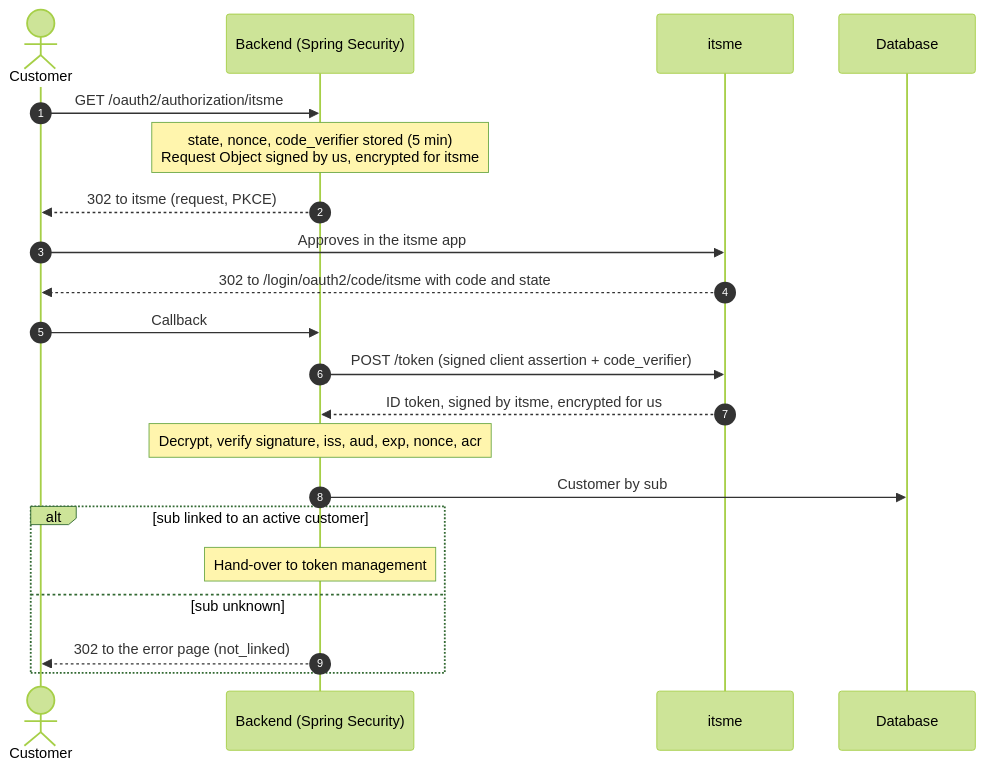
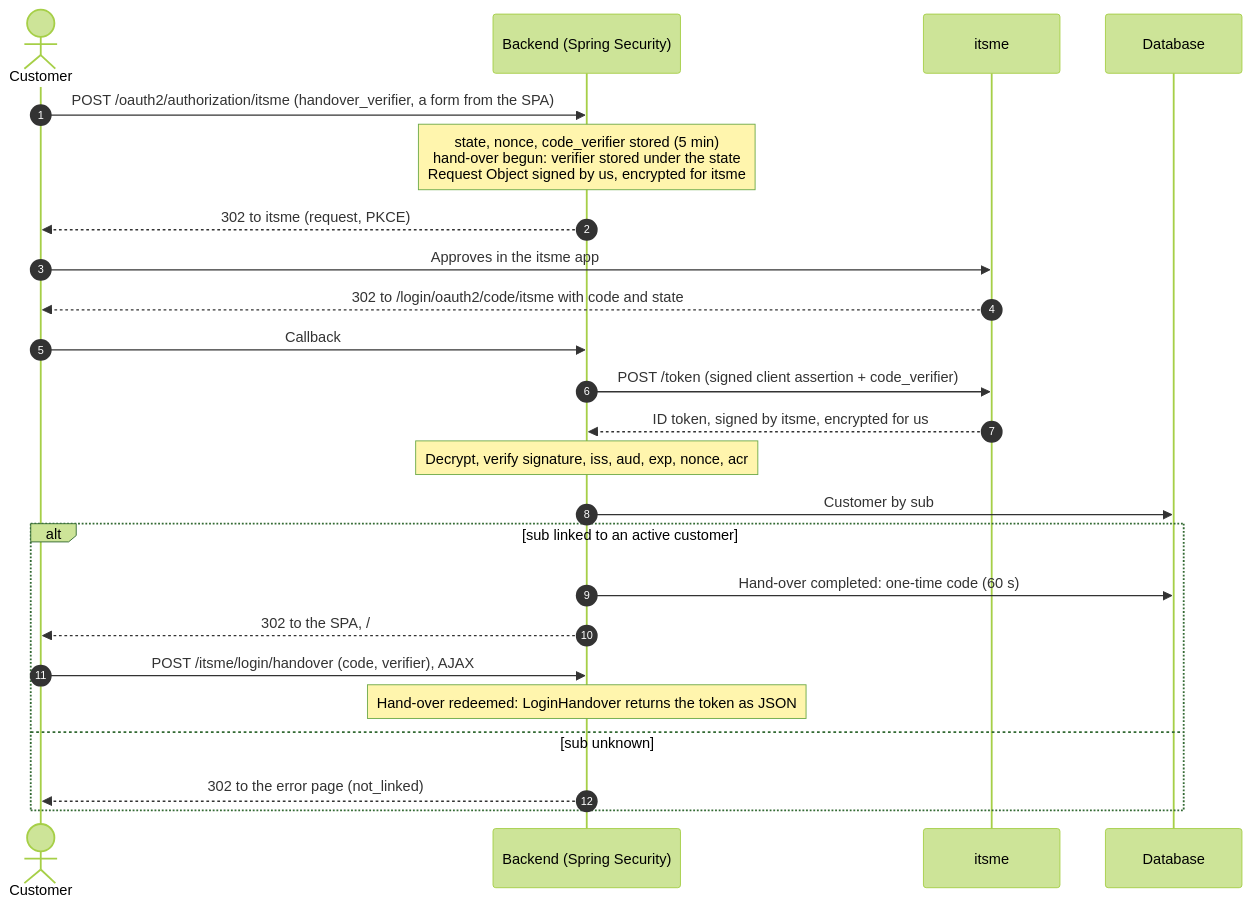
The first of 2 diagrams in README.md (damienbr/stateless-oidc-login-sample), drawn with Mermaid (forest theme) before and after one commit. The commit also changed other lines of this file and 33 other files, not shown here.

First line of the commit message:
Hand over to a cookieless SPA in three simple steps

````diff
--- a/README.md
+++ b/README.md
@@ -297,24 +305,27 @@
 ```mermaid
 sequenceDiagram
     autonumber
     actor U as Customer
     participant B as Backend (Spring Security)
     participant I as itsme
     participant D as Database
 
-    U->>B: GET /oauth2/authorization/itsme
-    Note over B: state, nonce, code_verifier stored (5 min)<br/>Request Object signed by us, encrypted for itsme
+    U->>B: POST /oauth2/authorization/itsme (handover_verifier, a form from the SPA)
+    Note over B: state, nonce, code_verifier stored (5 min)<br/>hand-over begun: verifier stored under the state<br/>Request Object signed by us, encrypted for itsme
     B-->>U: 302 to itsme (request, PKCE)
     U->>I: Approves in the itsme app
     I-->>U: 302 to /login/oauth2/code/itsme with code and state
     U->>B: Callback
     B->>I: POST /token (signed client assertion + code_verifier)
     I-->>B: ID token, signed by itsme, encrypted for us
     Note over B: Decrypt, verify signature, iss, aud, exp, nonce, acr
     B->>D: Customer by sub
     alt sub linked to an active customer
-        Note over B: Hand-over to token management
+        B->>D: Hand-over completed: one-time code (60 s)
+        B-->>U: 302 to the SPA, /#handover=code
+        U->>B: POST /itsme/login/handover (code, verifier), AJAX
+        Note over B: Hand-over redeemed: LoginHandover returns the token as JSON
     else sub unknown
         B-->>U: 302 to the error page (not_linked)
     end
 ```
````
